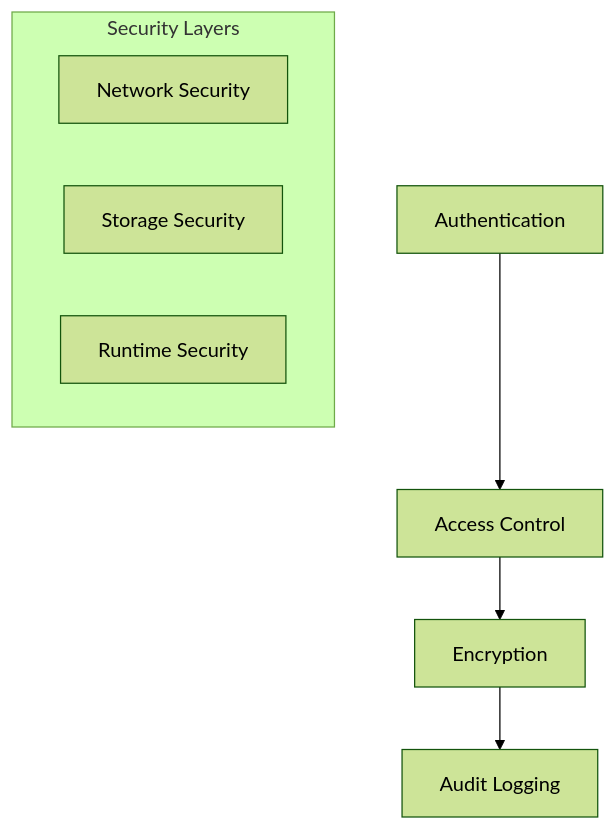
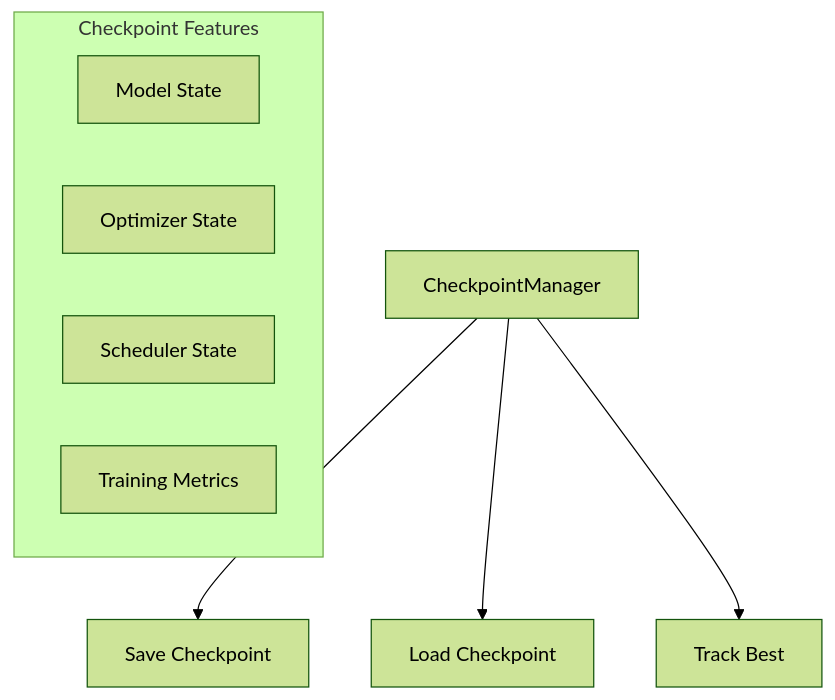
Before and after one commit to zachshallbetter/LlamaHome: the fourth of 4 diagrams in docs/Architecture.md, drawn with Mermaid (forest theme). The commit also changed other lines of this file and 5 other files, not shown here.

Commit message:
All the detailed information about architecture, implementation, and advanced features is now properly organized in the docs directory

````diff
--- a/docs/Architecture.md
+++ b/docs/Architecture.md
@@ -257,12 +144,13 @@
 ```mermaid
 graph TB
-    Auth[Authentication] --> Access[Access Control]
-    Access --> Crypto[Encryption]
-    Crypto --> Audit[Audit Logging]
+    Checkpoint[CheckpointManager] --> Save[Save Checkpoint]
+    Checkpoint --> Load[Load Checkpoint]
+    Checkpoint --> Track[Track Best]
     
-    subgraph Security Layers
-        Network[Network Security]
-        Storage[Storage Security]
-        Runtime[Runtime Security]
+    subgraph Checkpoint Features
+        Model[Model State]
+        Optimizer[Optimizer State]
+        Scheduler[Scheduler State]
+        Metrics[Training Metrics]
     end
 ```
````
